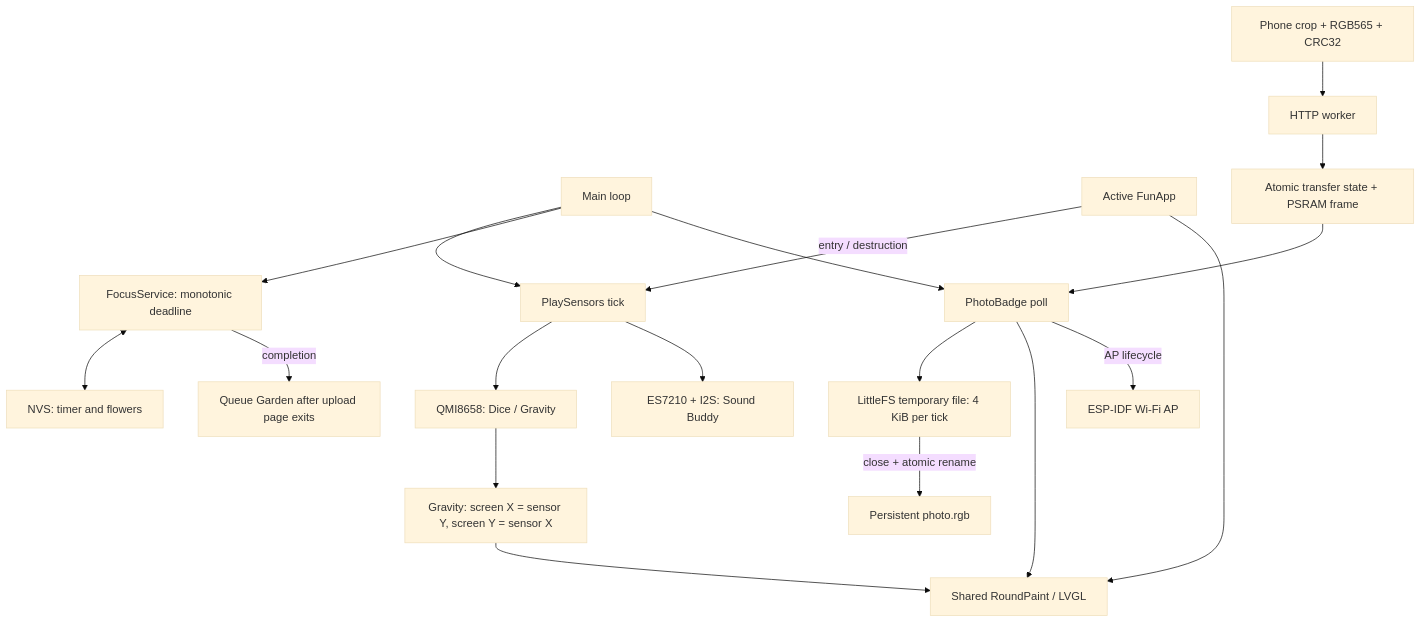
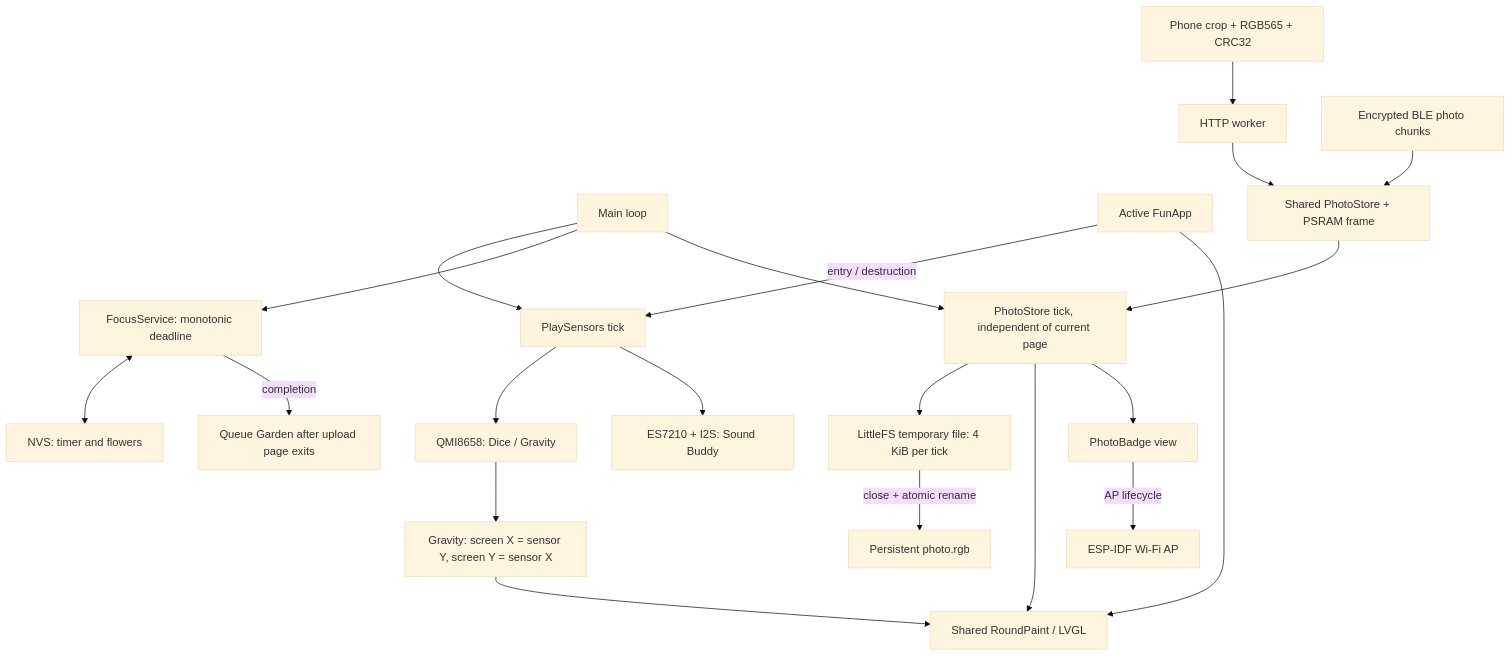
Before and after one commit to Micro66/InfiniTime: the fourth of 5 diagrams in ports/esp32/README.md, drawn with Mermaid (base theme). The commit also changed other lines of this file and 53 other files, not shown here.

Commit message:
Add iOS BLE companion with clock sync, device controls and photo transfer

````diff
--- a/ports/esp32/README.md
+++ b/ports/esp32/README.md
@@ -212,21 +216,23 @@
 ```mermaid
 flowchart TD
     Loop[Main loop] --> Sensors[PlaySensors tick]
     Apps[Active FunApp] -->|entry / destruction| Sensors
     Sensors --> IMU[QMI8658: Dice / Gravity]
     IMU --> Axes[Gravity: screen X = sensor Y, screen Y = sensor X]
     Axes --> Paint
     Sensors --> ADC[ES7210 + I2S: Sound Buddy]
     Apps --> Paint[Shared RoundPaint / LVGL]
     Loop --> Focus[FocusService: monotonic deadline]
     Focus <--> NVS[NVS: timer and flowers]
     Focus -->|completion| Navigation[Queue Garden after upload page exits]
     Phone[Phone crop + RGB565 + CRC32] --> HTTP[HTTP worker]
-    HTTP --> Queue[Atomic transfer state + PSRAM frame]
-    Loop --> Photo[PhotoBadge poll]
+    HTTP --> Queue[Shared PhotoStore + PSRAM frame]
+    BLE[Encrypted BLE photo chunks] --> Queue
+    Loop --> Photo[PhotoStore tick, independent of current page]
     Queue --> Photo
     Photo --> Temp[LittleFS temporary file: 4 KiB per tick]
     Temp -->|close + atomic rename| Saved[Persistent photo.rgb]
     Photo --> Paint
-    Photo -->|AP lifecycle| Radio[ESP-IDF Wi-Fi AP]
+    View[PhotoBadge view] -->|AP lifecycle| Radio[ESP-IDF Wi-Fi AP]
+    Photo --> View
 ```
````
